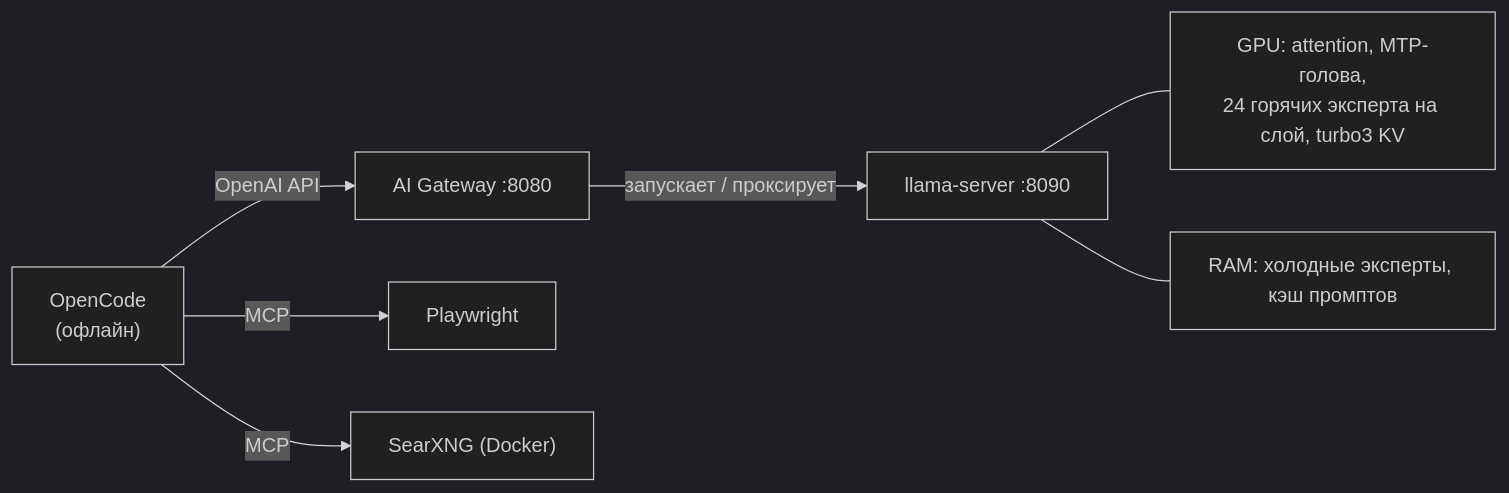
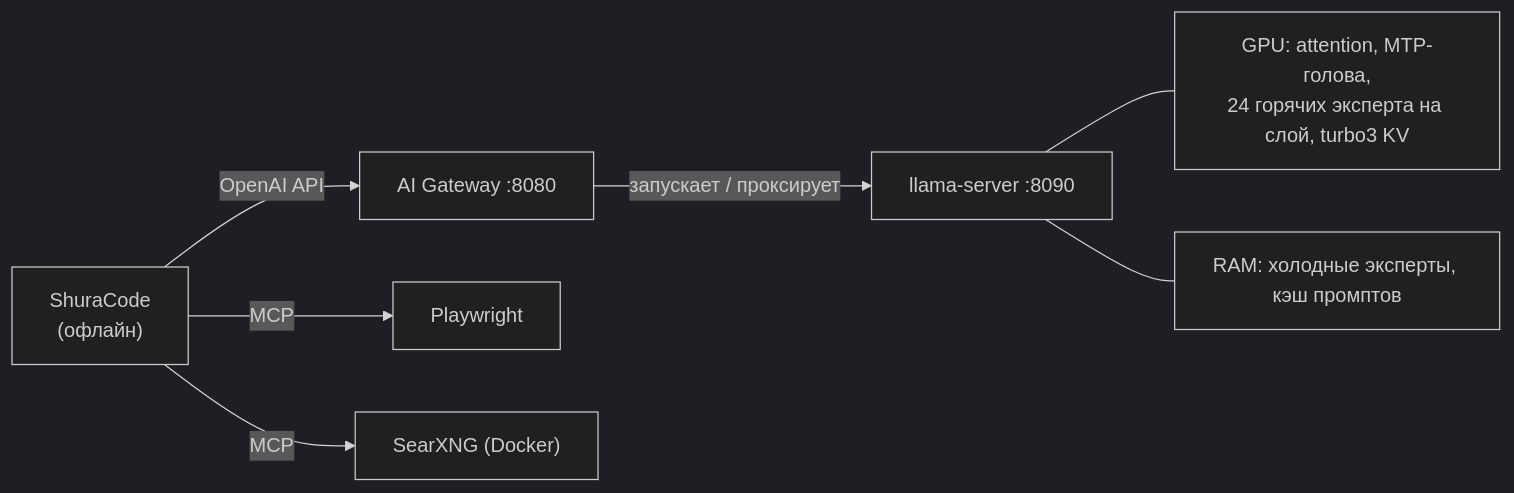
One commit to hikkian/shura changed the diagram in README.ru.md. Above: the diagram before and after it, drawn with Mermaid (dark theme). The commit also changed other lines of this file and 18 other files, not shown here.

First line of the commit message:
Use ShuraCode as the coding agent

````diff
--- a/README.ru.md
+++ b/README.ru.md
@@ -75,9 +85,9 @@
 ```mermaid
 flowchart LR
-    OC["OpenCode<br/>(офлайн)"] -- OpenAI API --> GW["AI Gateway :8080"]
+    OC["ShuraCode<br/>(офлайн)"] -- OpenAI API --> GW["AI Gateway :8080"]
     GW -- запускает / проксирует --> LS["llama-server :8090"]
     LS --- GPU["GPU: attention, MTP-голова,<br/>24 горячих эксперта на слой, turbo3 KV"]
     LS --- CPU["RAM: холодные эксперты, кэш промптов"]
     OC -- MCP --> PW["Playwright"]
     OC -- MCP --> SX["SearXNG (Docker)"]
 ```
````
